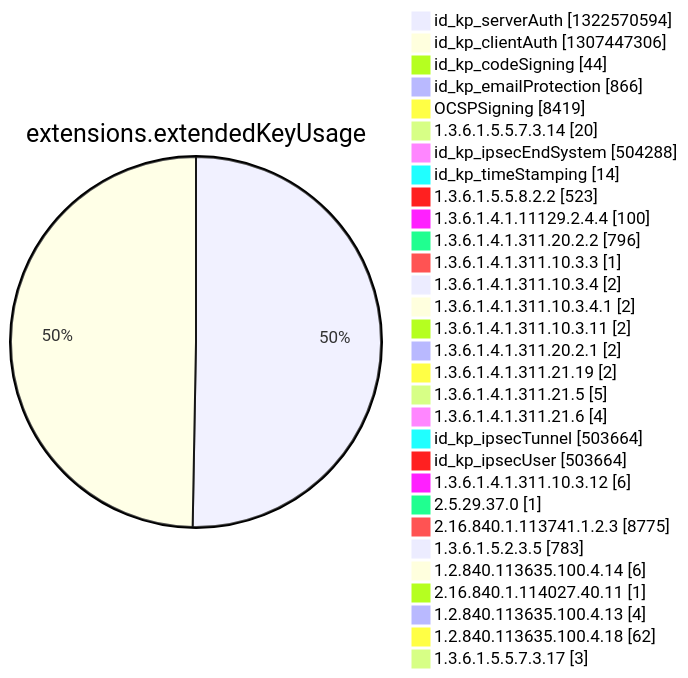
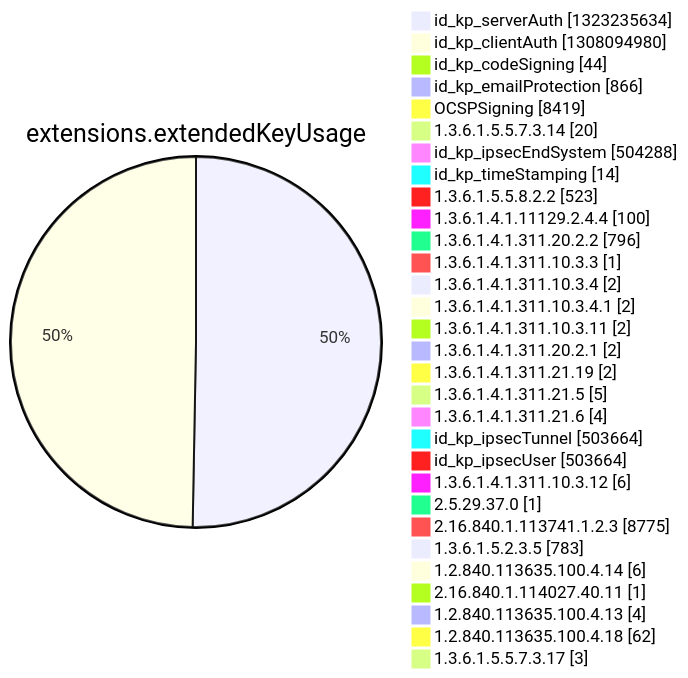
Before and after one commit to christiankrug/ctmonitor_visualization: diagram 12 of 15 in argon2022/README.md, drawn with Mermaid. The commit also changed other lines of this file, not shown here.

````diff
--- a/argon2022/README.md
+++ b/argon2022/README.md
@@ -3553,34 +3553,34 @@
 ```mermaid
 pie showData
 title extensions.extendedKeyUsage
-"id_kp_serverAuth" :1322570594
-"id_kp_clientAuth" :1307447306
+"id_kp_serverAuth" :1323235634
+"id_kp_clientAuth" :1308094980
 "id_kp_codeSigning" :44
 "id_kp_emailProtection" :866
 "OCSPSigning" :8419
 "1.3.6.1.5.5.7.3.14" :20
 "id_kp_ipsecEndSystem" :504288
 "id_kp_timeStamping" :14
 "1.3.6.1.5.5.8.2.2" :523
 "1.3.6.1.4.1.11129.2.4.4" :100
 "1.3.6.1.4.1.311.20.2.2" :796
 "1.3.6.1.4.1.311.10.3.3" :1
 "1.3.6.1.4.1.311.10.3.4" :2
 "1.3.6.1.4.1.311.10.3.4.1" :2
 "1.3.6.1.4.1.311.10.3.11" :2
 "1.3.6.1.4.1.311.20.2.1" :2
 "1.3.6.1.4.1.311.21.19" :2
 "1.3.6.1.4.1.311.21.5" :5
 "1.3.6.1.4.1.311.21.6" :4
 "id_kp_ipsecTunnel" :503664
 "id_kp_ipsecUser" :503664
 "1.3.6.1.4.1.311.10.3.12" :6
 "2.5.29.37.0" :1
 "2.16.840.1.113741.1.2.3" :8775
 "1.3.6.1.5.2.3.5" :783
 "1.2.840.113635.100.4.14" :6
 "2.16.840.1.114027.40.11" :1
 "1.2.840.113635.100.4.13" :4
 "1.2.840.113635.100.4.18" :62
 "1.3.6.1.5.5.7.3.17" :3
 ```
````
